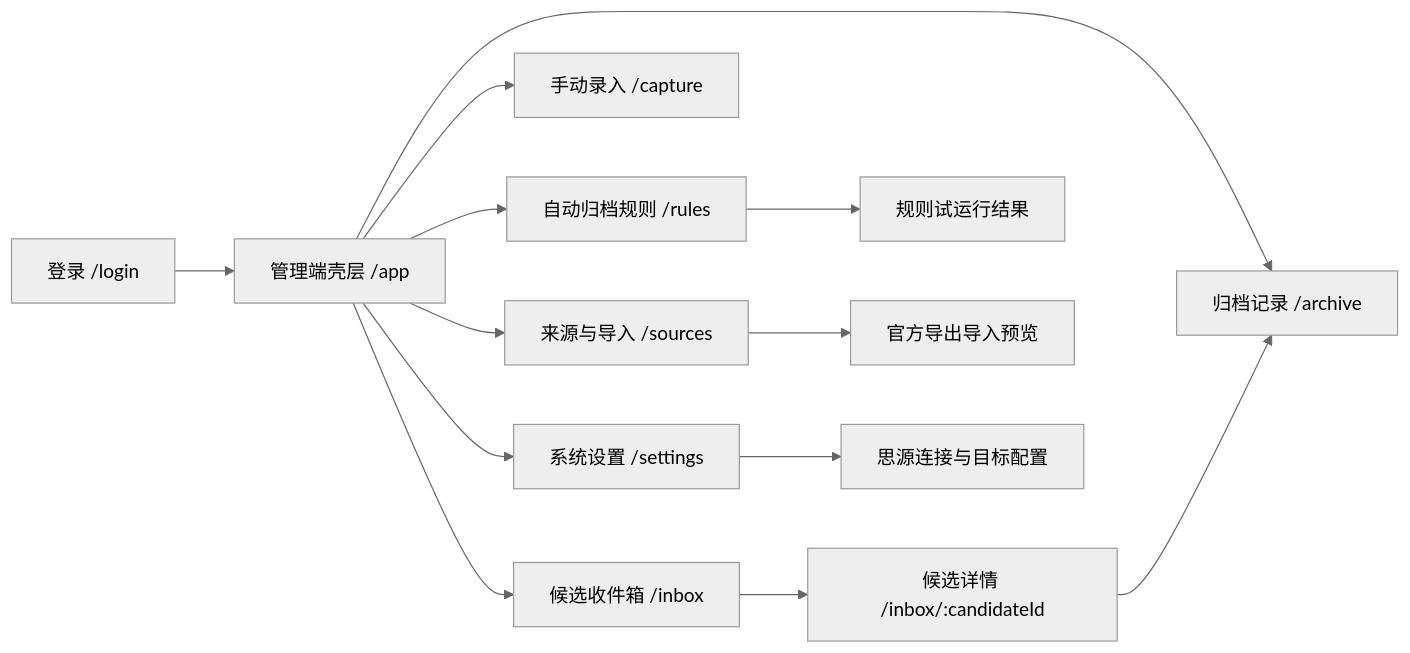
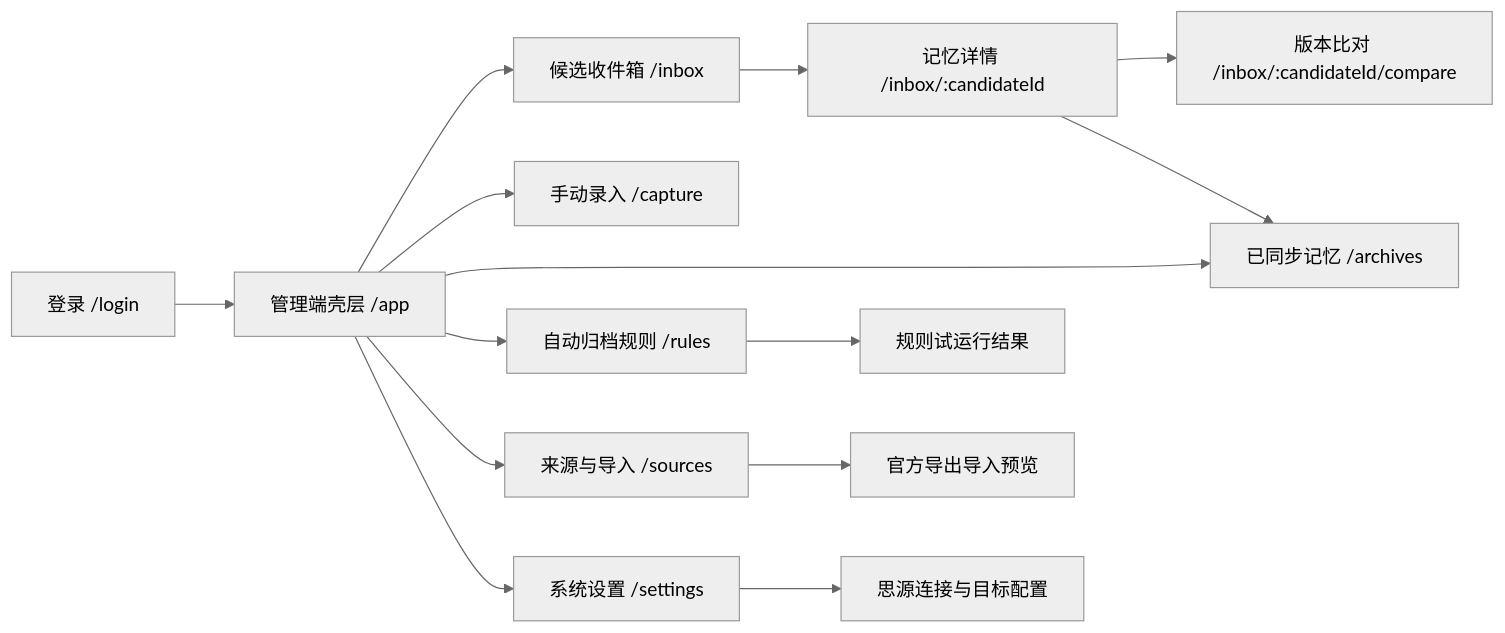
One commit to hiblacker/memory-hub changed the first of 9 diagrams in docs/12-frontend-interaction-design.md. Above: the diagram before and after it, drawn with Mermaid (neutral theme). The commit also changed other lines of this file and 7 other files, not shown here.

````diff
--- a/docs/12-frontend-interaction-design.md
+++ b/docs/12-frontend-interaction-design.md
@@ -21,15 +21,16 @@
 ```mermaid
 flowchart LR
     LOGIN["登录 /login"] --> SHELL["管理端壳层 /app"]
     SHELL --> INBOX["候选收件箱 /inbox"]
     SHELL --> CAPTURE["手动录入 /capture"]
-    SHELL --> ARCHIVE["归档记录 /archive"]
+    SHELL --> ARCHIVE["已同步记忆 /archives"]
     SHELL --> RULES["自动归档规则 /rules"]
     SHELL --> SOURCES["来源与导入 /sources"]
     SHELL --> SETTINGS["系统设置 /settings"]
-    INBOX --> DETAIL["候选详情 /inbox/:candidateId"]
+    INBOX --> DETAIL["记忆详情 /inbox/:candidateId"]
+    DETAIL --> COMPARE["版本比对 /inbox/:candidateId/compare"]
     DETAIL --> ARCHIVE
     RULES --> DRYRUN["规则试运行结果"]
     SOURCES --> IMPORT["官方导出导入预览"]
     SETTINGS --> SIYUAN["思源连接与目标配置"]
 ```
````
